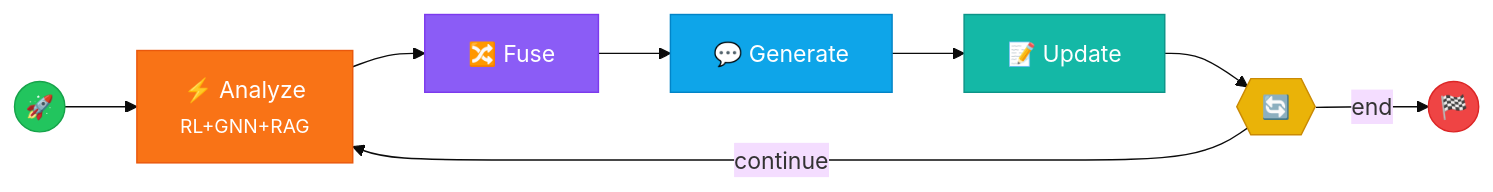
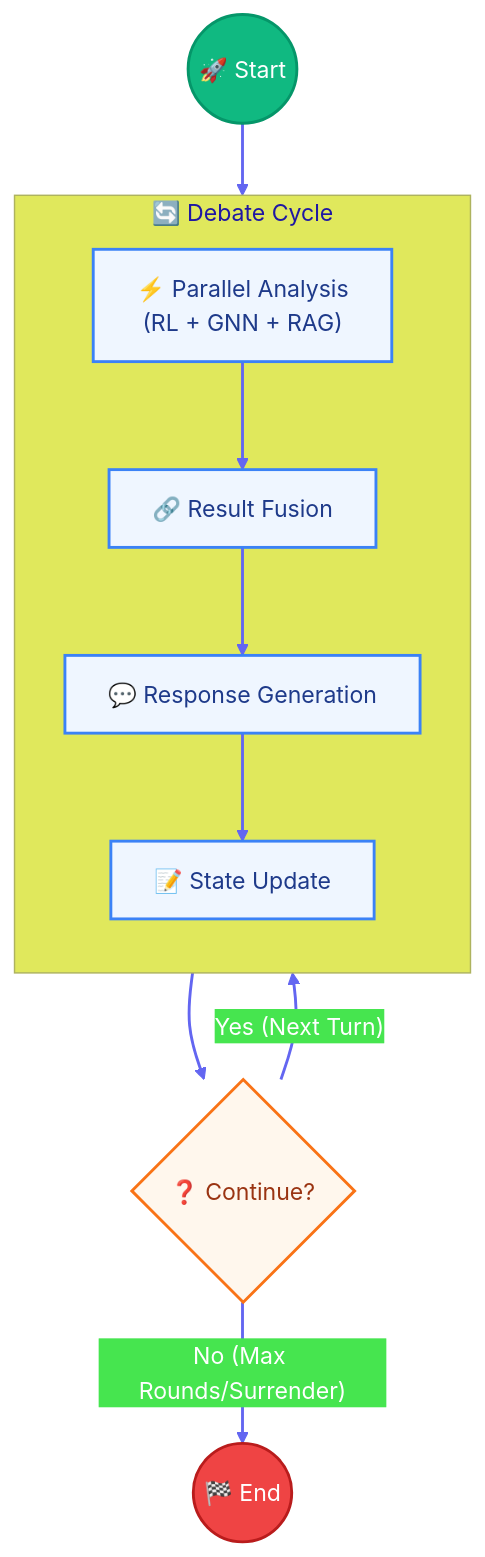
Before and after one commit to AluminumShark/Social-Debate-AI: the second of 8 diagrams in README.md, drawn with Mermaid. The commit also changed other lines of this file, not shown here.

Commit message:
style(docs): redesign Mermaid diagrams in README.md with brighter colors and cleaner layout

````diff
--- a/README.md
+++ b/README.md
@@ -87,25 +105,31 @@
 ```mermaid
-%%{init: {'theme': 'base'}}%%
-flowchart LR
-    S((🚀))
-    S --> A
+%%{init: {'theme': 'base', 'themeVariables': { 'primaryColor': '#4f46e5', 'primaryTextColor': '#fff', 'primaryBorderColor': '#4338ca', 'lineColor': '#818cf8'}}}%%
+flowchart TB
+    %% Define styles
+    classDef start fill:#10b981,stroke:#059669,stroke-width:2px,color:white;
+    classDef process fill:#eff6ff,stroke:#3b82f6,stroke-width:2px,color:#1e3a8a;
+    classDef decision fill:#fff7ed,stroke:#f97316,stroke-width:2px,color:#9a3412;
+    classDef endNode fill:#ef4444,stroke:#b91c1c,stroke-width:2px,color:white;
 
-    A["⚡ Analyze<br/><small>RL+GNN+RAG</small>"]
-    B["🔀 Fuse"]
-    C["💬 Generate"]
-    D["📝 Update"]
-    E{{"🔄"}}
-    F((🏁))
+    Start(("🚀 Start")):::start
+    End(("🏁 End")):::endNode
 
-    A --> B --> C --> D --> E
-    E -->|"continue"| A
-    E -->|"end"| F
+    subgraph Cycle["🔄 Debate Cycle"]
+        direction TB
+        Analyze["⚡ Parallel Analysis<br/>(RL + GNN + RAG)"]:::process
+        Fuse["🔗 Result Fusion"]:::process
+        Gen["💬 Response Generation"]:::process
+        Update["📝 State Update"]:::process
+        
+        Analyze --> Fuse --> Gen --> Update
+    end
 
-    style S fill:#22c55e,stroke:#16a34a,color:#fff
-    style A fill:#f97316,stroke:#ea580c,color:#fff
-    style B fill:#8b5cf6,stroke:#7c3aed,color:#fff
-    style C fill:#0ea5e9,stroke:#0284c7,color:#fff
-    style D fill:#14b8a6,stroke:#0d9488,color:#fff
-    style E fill:#eab308,stroke:#ca8a04,color:#000
-    style F fill:#ef4444,stroke:#dc2626,color:#fff
+    Check{"❓ Continue?"}:::decision
+
+    Start --> Analyze
+    Update --> Check
+    Check -->|"Yes (Next Turn)"| Analyze
+    Check -->|"No (Max Rounds/Surrender)"| End
+
+    linkStyle default stroke:#6366f1,stroke-width:2px;
 ```
````
